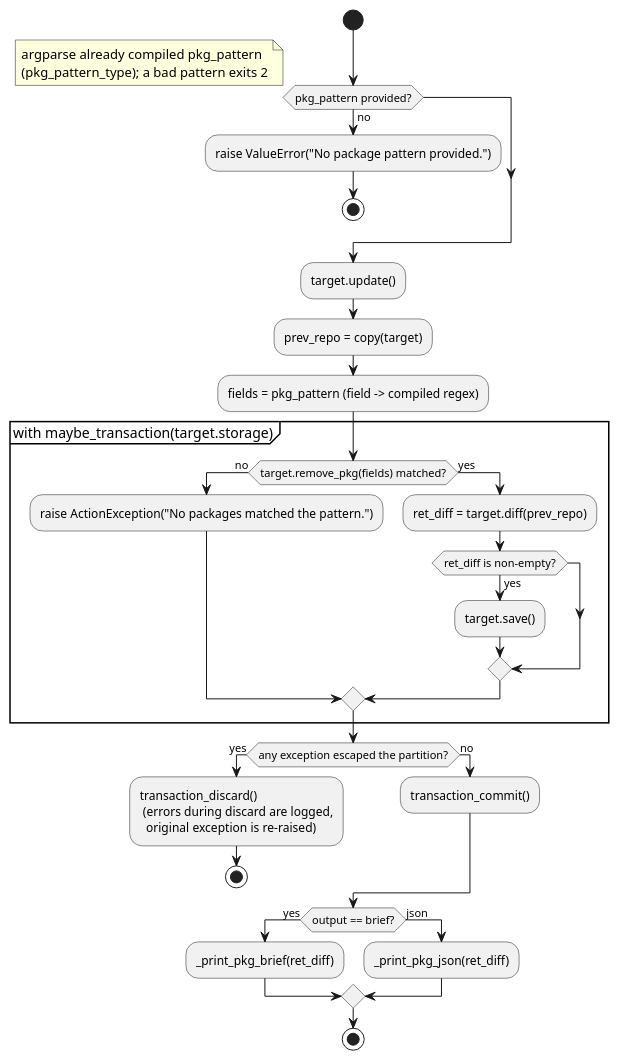
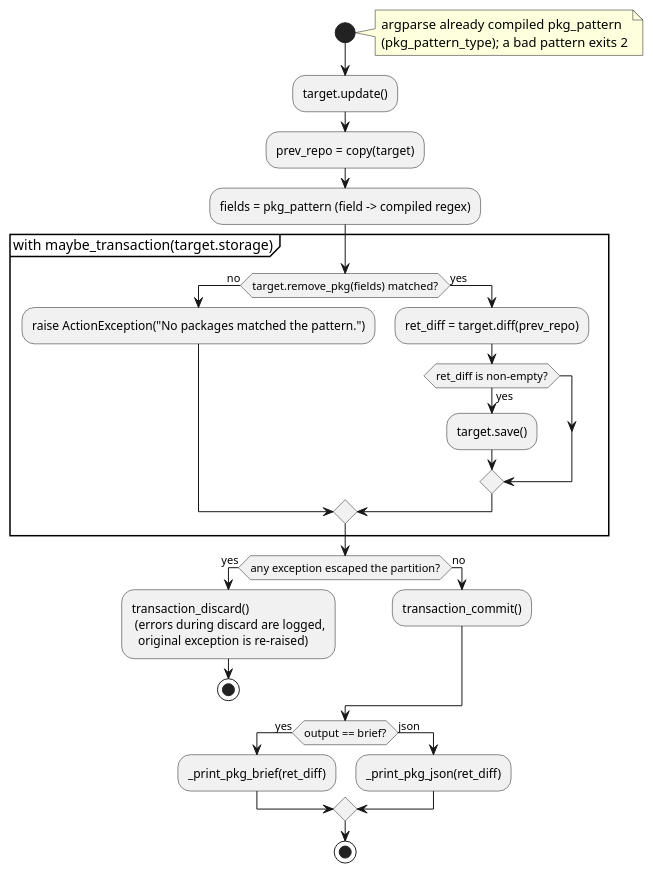
Before and after one commit to vinklat/debkit: the diagram in docs/development/diagrams/action-pkg-remove-activity.puml, drawn with PlantUML. The commit also changed 24 other files, not shown here.

```diff
--- a/docs/development/diagrams/action-pkg-remove-activity.puml
+++ b/docs/development/diagrams/action-pkg-remove-activity.puml
@@ -1,42 +1,38 @@
 @startuml
 start
-if (pkg_pattern provided?) then (no)
-  :raise ValueError("No package pattern provided.");
-  stop
-endif
 note right
   argparse already compiled pkg_pattern
   (pkg_pattern_type); a bad pattern exits 2
 end note
 
 :target.update();
 :prev_repo = copy(target);
 :fields = pkg_pattern (field -> compiled regex);
 
 partition "with maybe_transaction(target.storage)" {
   if (target.remove_pkg(fields) matched?) then (no)
     :raise ActionException("No packages matched the pattern.");
   else (yes)
     :ret_diff = target.diff(prev_repo);
     if (ret_diff is non-empty?) then (yes)
       :target.save();
     endif
   endif
 }
 
 if (any exception escaped the partition?) then (yes)
   :transaction_discard()
    (errors during discard are logged,
     original exception is re-raised);
   stop
 else (no)
   :transaction_commit();
 endif
 
 if (output == brief?) then (yes)
   :_print_pkg_brief(ret_diff);
 else (json)
   :_print_pkg_json(ret_diff);
 endif
 stop
 @enduml
```
